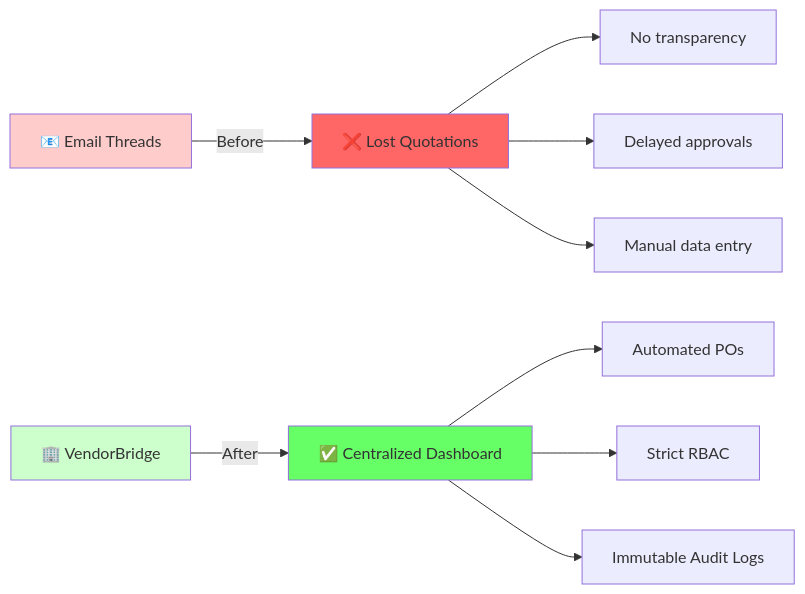
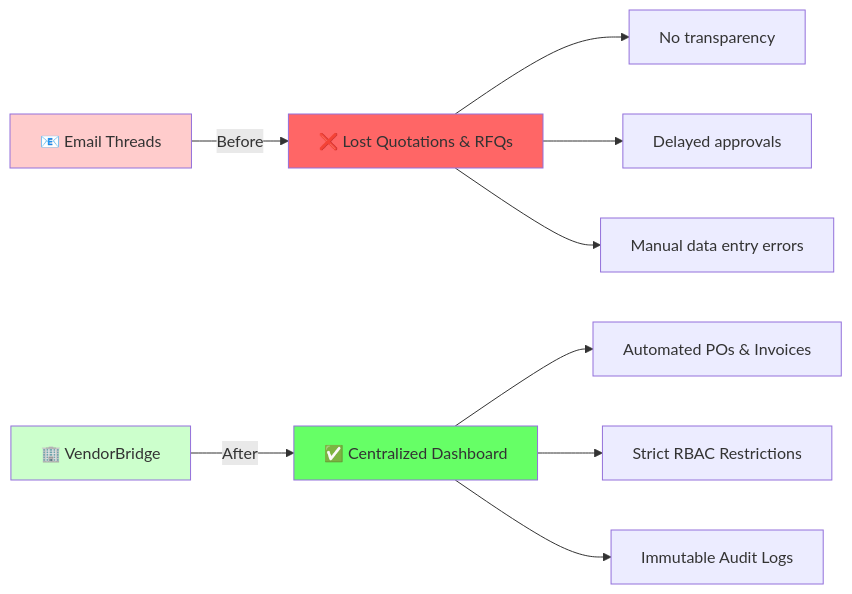
One commit to kalp-cg/Odoo_X_KSX_VendorBridge changed the first of 6 diagrams in README.md. Above: the diagram before and after it, drawn with Mermaid. The commit also changed other lines of this file, not shown here.

````diff
--- a/README.md
+++ b/README.md
@@ -27,18 +73,18 @@
 ```mermaid
 graph LR
-    A[📧 Email Threads] -->|Before| B[❌ Lost Quotations]
+    A[📧 Email Threads] -->|Before| B[❌ Lost Quotations & RFQs]
     C[🏢 VendorBridge] -->|After| D[✅ Centralized Dashboard]
     
     B --> E[No transparency]
     B --> F[Delayed approvals]
-    B --> G[Manual data entry]
+    B --> G[Manual data entry errors]
     
-    D --> H[Automated POs]
-    D --> I[Strict RBAC]
+    D --> H[Automated POs & Invoices]
+    D --> I[Strict RBAC Restrictions]
     D --> J[Immutable Audit Logs]
     
     style A fill:#ffcccc
     style B fill:#ff6666
     style C fill:#ccffcc
     style D fill:#66ff66
 ```
````
